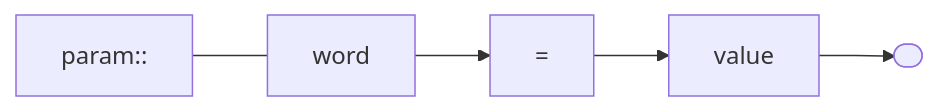
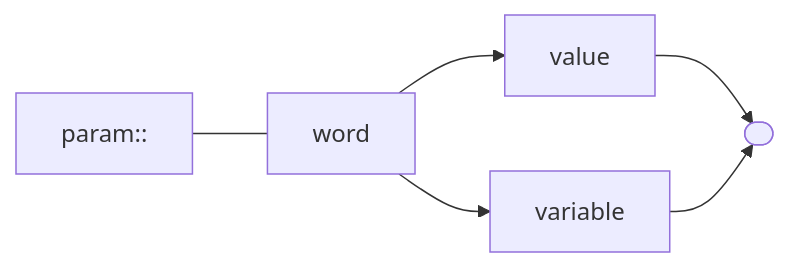
Before and after one commit to andrewfstratton/quandoscript: diagram 11 of 16 in README.md, drawn with Mermaid. The commit also changed other lines of this file, not shown here.

````diff
--- a/README.md
+++ b/README.md
@@ -101,5 +82,6 @@
 ```mermaid
 graph LR
     stop([ ])
-    param:: --- word --> eq["="]-->value-->stop
+    param:: --- word --> value-->stop
+    word --> variable --> stop
 ```
````
